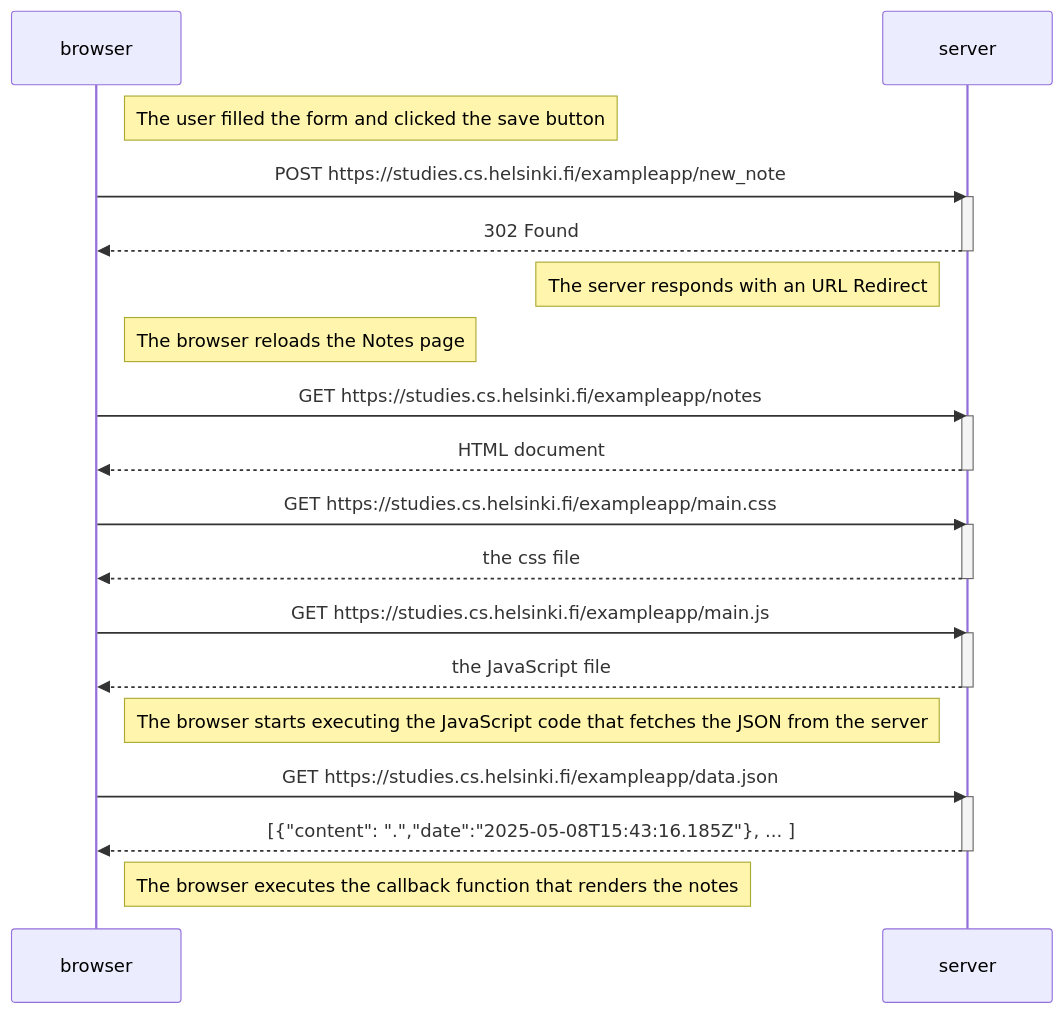
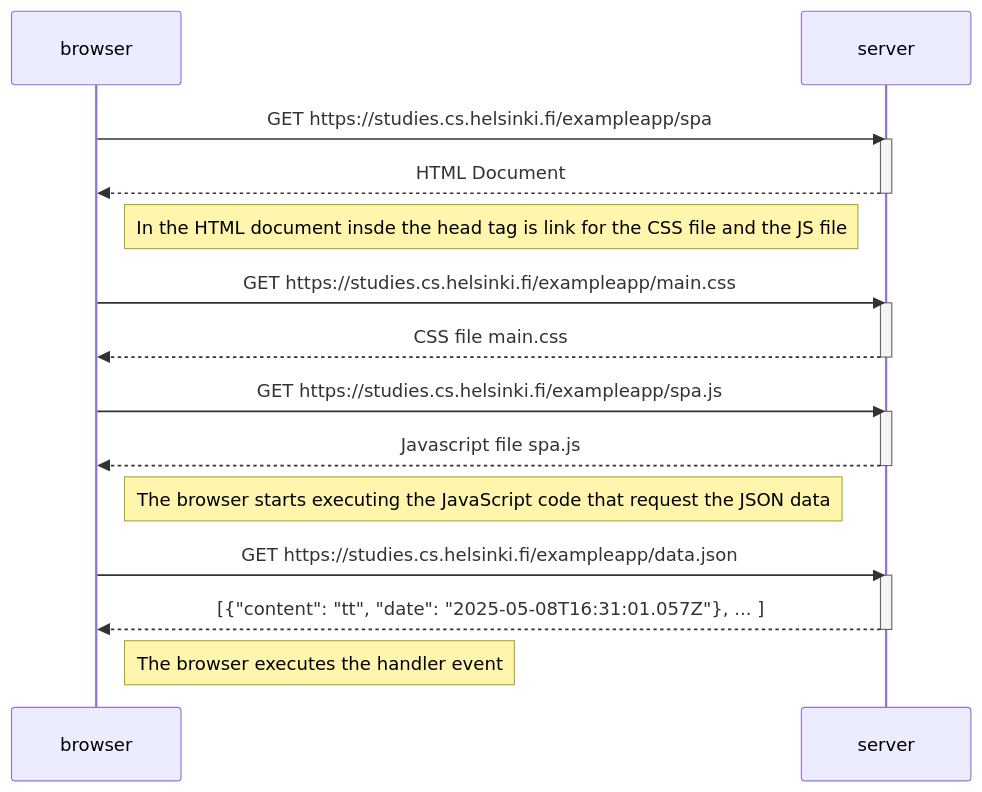
Before and after one commit to mariohramirez/fullstack-hels-part0: the diagram in Exercise 0.5/mermaid-diag.md, drawn with Mermaid.

Commit message:
Exercise 0.5 added

````diff
--- a/Exercise 0.5/mermaid-diag.md
+++ b/Exercise 0.5/mermaid-diag.md
@@ -5,40 +5,31 @@
 ```mermaid
 sequenceDiagram
     participant browser
     participant server
 
-    Note right of browser: The user filled the form and clicked the save  button
-
-    browser->>server: POST https://studies.cs.helsinki.fi/exampleapp/new_note
+    browser->>server: GET https://studies.cs.helsinki.fi/exampleapp/spa
     activate server
-    server-->>browser: 302 Found
+    server-->>browser: HTML Document
     deactivate server    
 
-    Note left of server: The server responds with an URL Redirect
-
-    Note right of browser: The browser reloads the Notes page
-
-    browser->>server: GET https://studies.cs.helsinki.fi/exampleapp/notes
-    activate server
-    server-->>browser: HTML document
-    deactivate server
+    Note left of server: In the HTML document insde the head tag is link for the CSS file and the JS file
 
     browser->>server: GET https://studies.cs.helsinki.fi/exampleapp/main.css
     activate server
-    server-->>browser: the css file
+    server-->>browser: CSS file main.css
     deactivate server
 
-    browser->>server: GET https://studies.cs.helsinki.fi/exampleapp/main.js
+    browser->>server: GET https://studies.cs.helsinki.fi/exampleapp/spa.js
     activate server
-    server-->>browser: the JavaScript file
+    server-->>browser: Javascript file spa.js
     deactivate server
 
-    Note right of browser: The browser starts executing the JavaScript code that fetches the JSON from the server
+    Note right of browser: The browser starts executing the JavaScript code that request the JSON data
 
     browser->>server: GET https://studies.cs.helsinki.fi/exampleapp/data.json
     activate server
-    server-->>browser: [{"content": ".","date":"2025-05-08T15:43:16.185Z"}, ... ]
+    server-->>browser: [{"content": "tt",  "date": "2025-05-08T16:31:01.057Z"}, ... ]
     deactivate server
 
-    Note right of browser: The browser executes the callback function that renders the notes
+    Note right of browser: The browser executes the handler event
 ```
````
